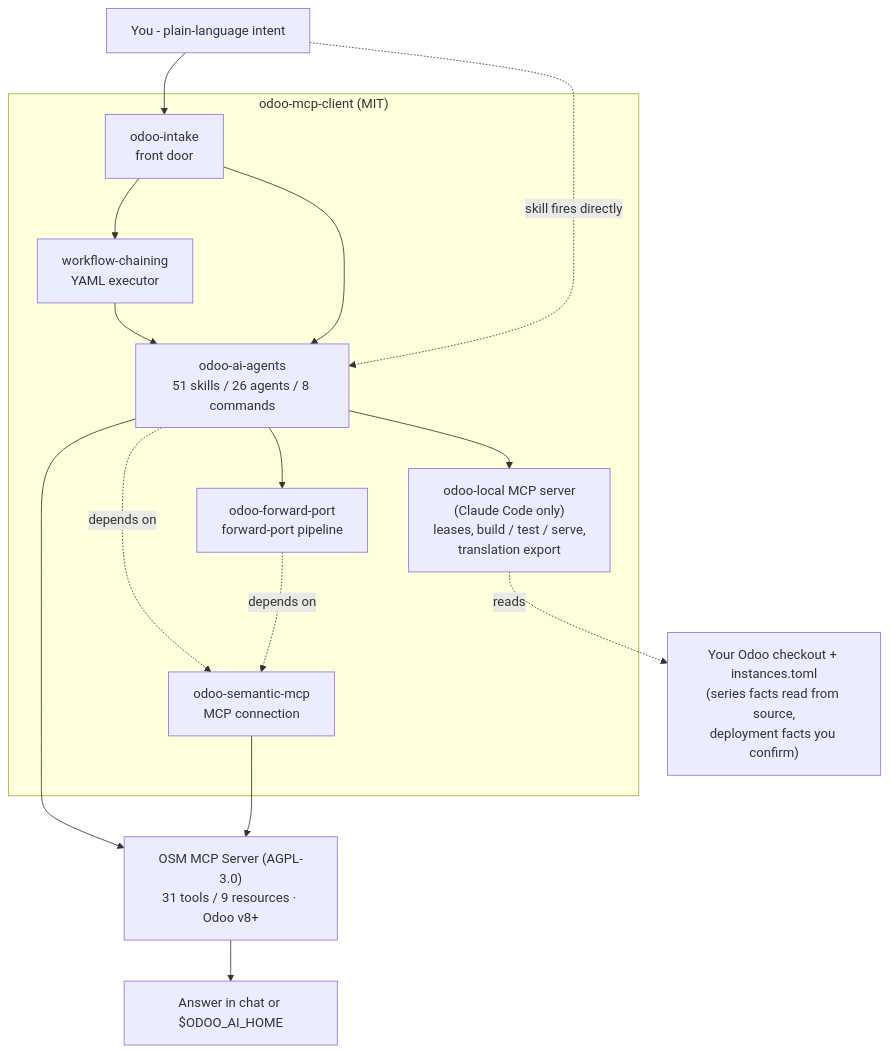
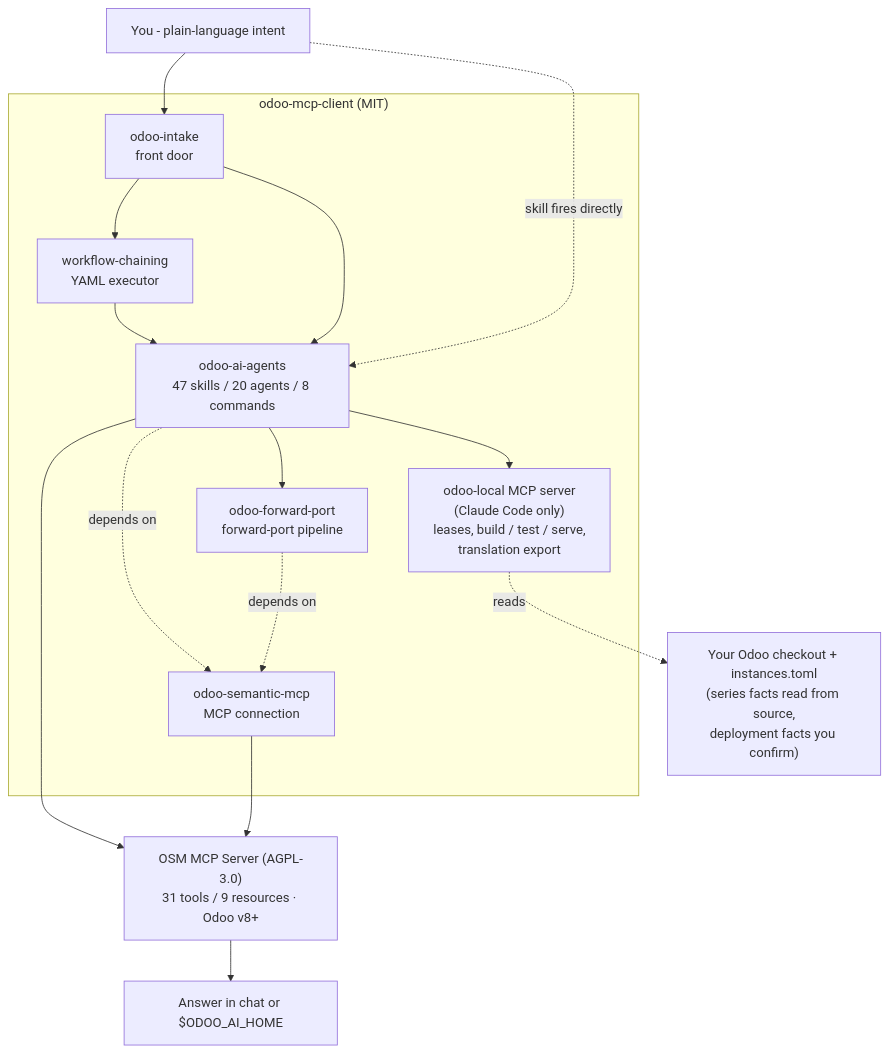
The diagram in README.md (Viindoo/odoo-mcp-client), drawn with Mermaid before and after one commit. The commit also changed other lines of this file and 23 other files, not shown here.

First line of the commit message:
docs(odoo-ai-agents): counts, generated map and acceptance scenarios

````diff
--- a/README.md
+++ b/README.md
@@ -13,30 +13,30 @@
 ```mermaid
 flowchart TD
     You["You - plain-language intent"]
 
     subgraph client["odoo-mcp-client (MIT)"]
         intake["odoo-intake<br/>front door"]
         wfrunner["workflow-chaining<br/>YAML executor"]
-        skills["odoo-ai-agents<br/>51 skills / 26 agents / 8 commands"]
+        skills["odoo-ai-agents<br/>47 skills / 20 agents / 8 commands"]
         fp["odoo-forward-port<br/>forward-port pipeline"]
         mcp["odoo-semantic-mcp<br/>MCP connection"]
         local["odoo-local MCP server<br/>(Claude Code only)<br/>leases, build / test / serve,<br/>translation export"]
         intake --> wfrunner --> skills
         intake --> skills
         skills --> fp
         skills -. depends on .-> mcp
         fp -. depends on .-> mcp
         skills --> local
     end
 
     server["OSM MCP Server (AGPL-3.0)<br/>31 tools / 9 resources · Odoo v8+"]
     checkout["Your Odoo checkout + instances.toml<br/>(series facts read from source,<br/>deployment facts you confirm)"]
     out["Answer in chat or $ODOO_AI_HOME"]
 
     You --> intake
     You -. "skill fires directly" .-> skills
     skills --> server
     mcp --> server
     server --> out
     local -. reads .-> checkout
 ```
````
